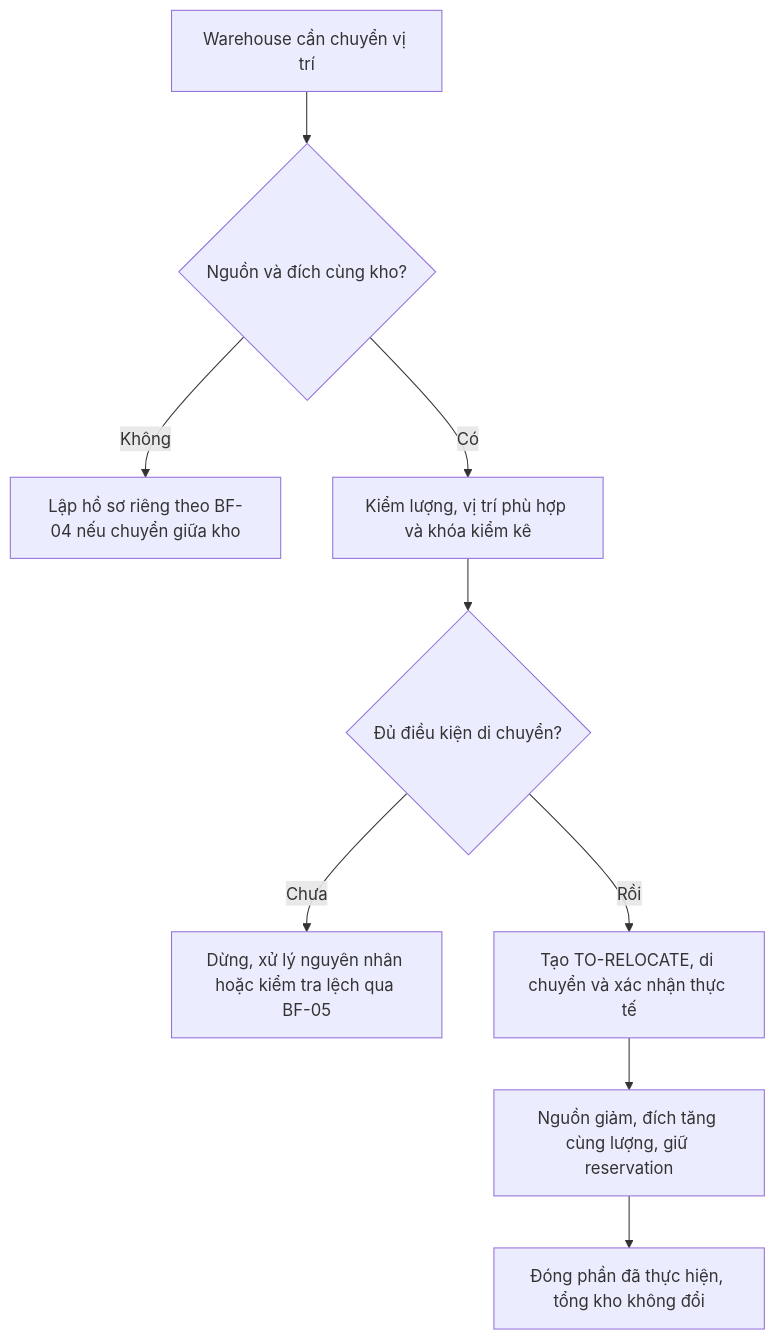
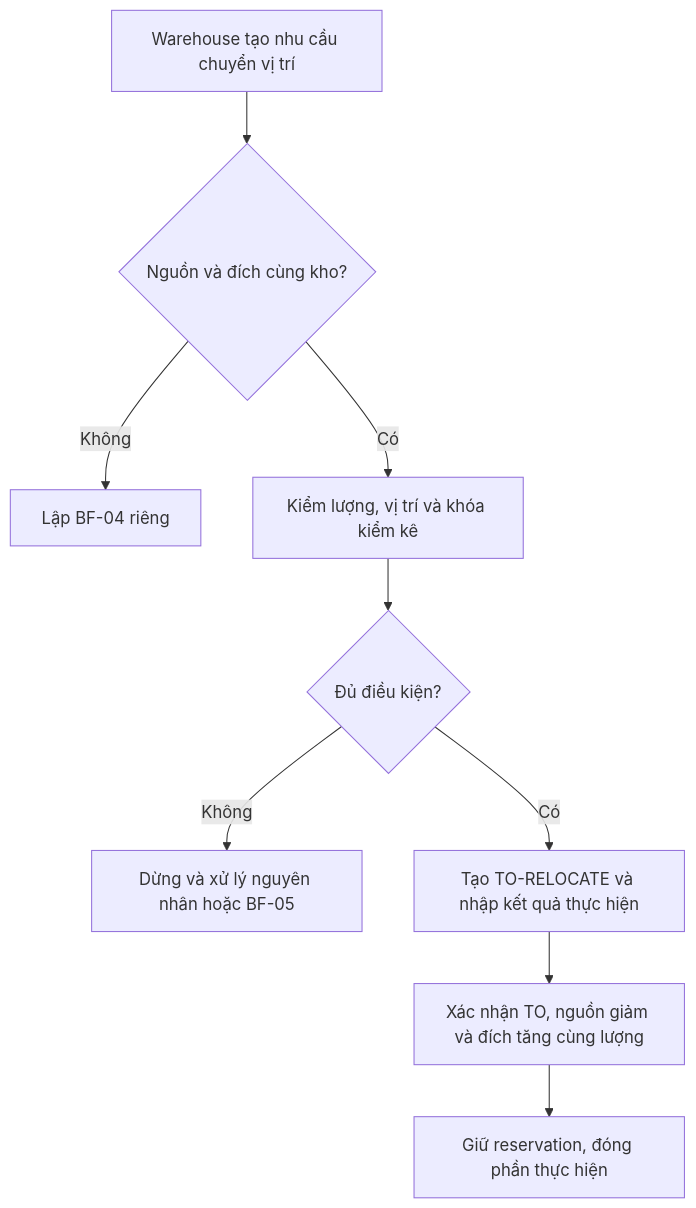
The fourth of 9 diagrams in docs/02_nghiep_vu/de_xuat_quy_trinh_2_VI.md (minhbach032003/docs_doan), drawn with Mermaid before and after one commit. The commit also changed other lines of this file and 3 other files, not shown here.

````diff
--- a/docs/02_nghiep_vu/de_xuat_quy_trinh_2_VI.md
+++ b/docs/02_nghiep_vu/de_xuat_quy_trinh_2_VI.md
@@ -697,11 +711,11 @@
 ```mermaid
 flowchart TD
- A[Warehouse cần chuyển vị trí] --> B{Nguồn và đích cùng kho?}
- B -->|Không| C[Lập hồ sơ riêng theo BF-04 nếu chuyển giữa kho]
- B -->|Có| D[Kiểm lượng, vị trí phù hợp và khóa kiểm kê]
- D --> E{Đủ điều kiện di chuyển?}
- E -->|Chưa| F[Dừng, xử lý nguyên nhân hoặc kiểm tra lệch qua BF-05]
- E -->|Rồi| G[Tạo TO-RELOCATE, di chuyển và xác nhận thực tế]
- G --> H[Nguồn giảm, đích tăng cùng lượng, giữ reservation]
- H --> I[Đóng phần đã thực hiện, tổng kho không đổi]
+ A[Warehouse tạo nhu cầu chuyển vị trí] --> B{Nguồn và đích cùng kho?}
+ B -->|Không| C[Lập BF-04 riêng]
+ B -->|Có| D[Kiểm lượng, vị trí và khóa kiểm kê]
+ D --> E{Đủ điều kiện?}
+ E -->|Không| F[Dừng và xử lý nguyên nhân hoặc BF-05]
+ E -->|Có| G[Tạo TO-RELOCATE và nhập kết quả thực hiện]
+ G --> H[Xác nhận TO, nguồn giảm và đích tăng cùng lượng]
+ H --> I[Giữ reservation, đóng phần thực hiện]
 ```
````
